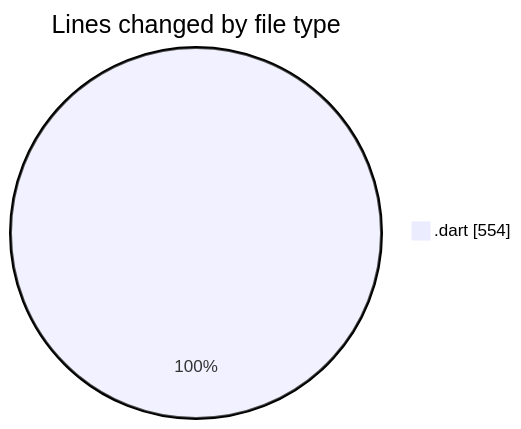
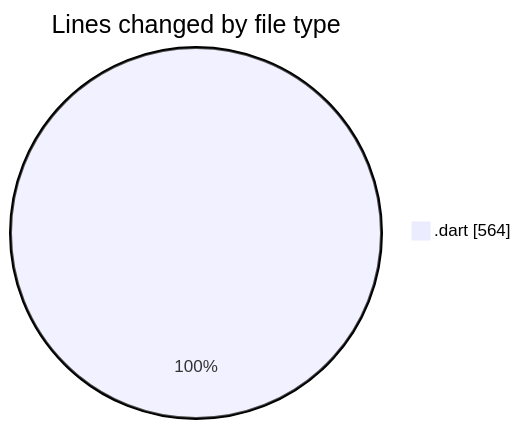
One commit to donsfak/code-tracking changed the first of 2 diagrams in 2025-03-25/wordle/README.md. Above: the diagram before and after it, drawn with Mermaid. The commit also changed other lines of this file and 1 other file, not shown here.

````diff
--- a/2025-03-25/wordle/README.md
+++ b/2025-03-25/wordle/README.md
@@ -28,5 +28,5 @@
 ```mermaid
 pie showData
 title Lines changed by file type
-".dart" : 554
+".dart" : 564
 ```
````
